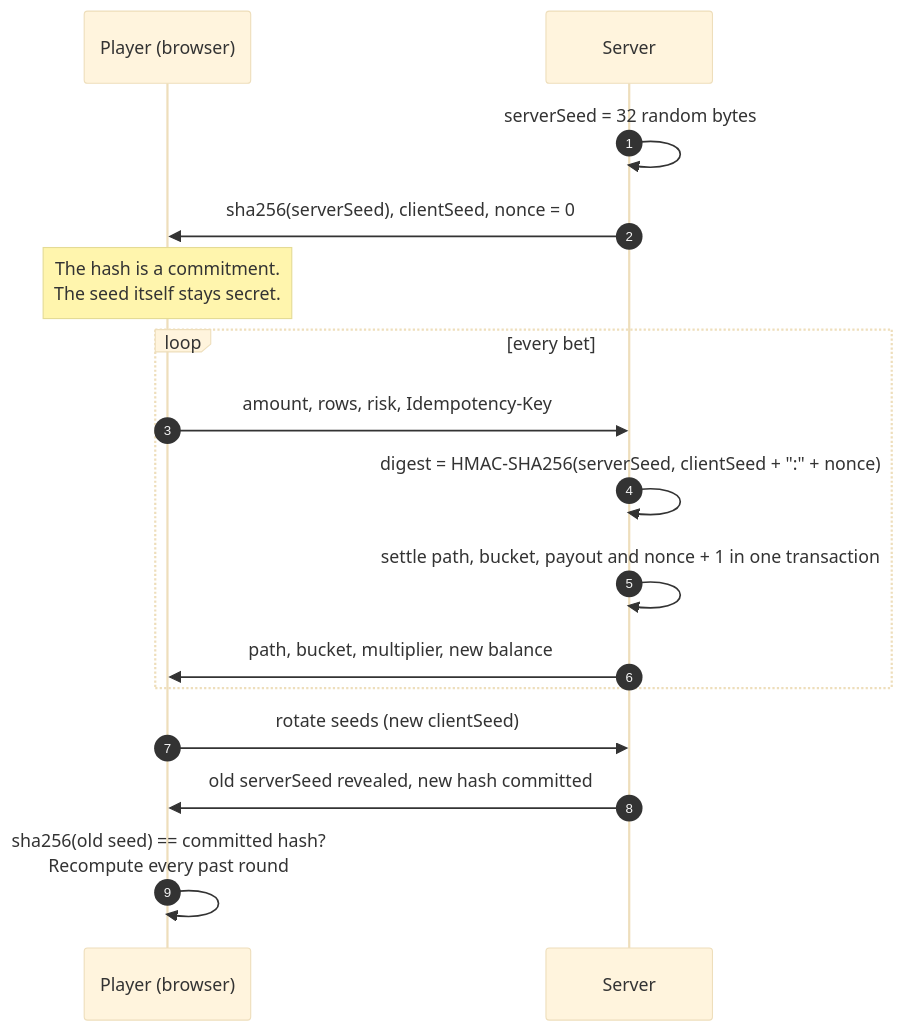
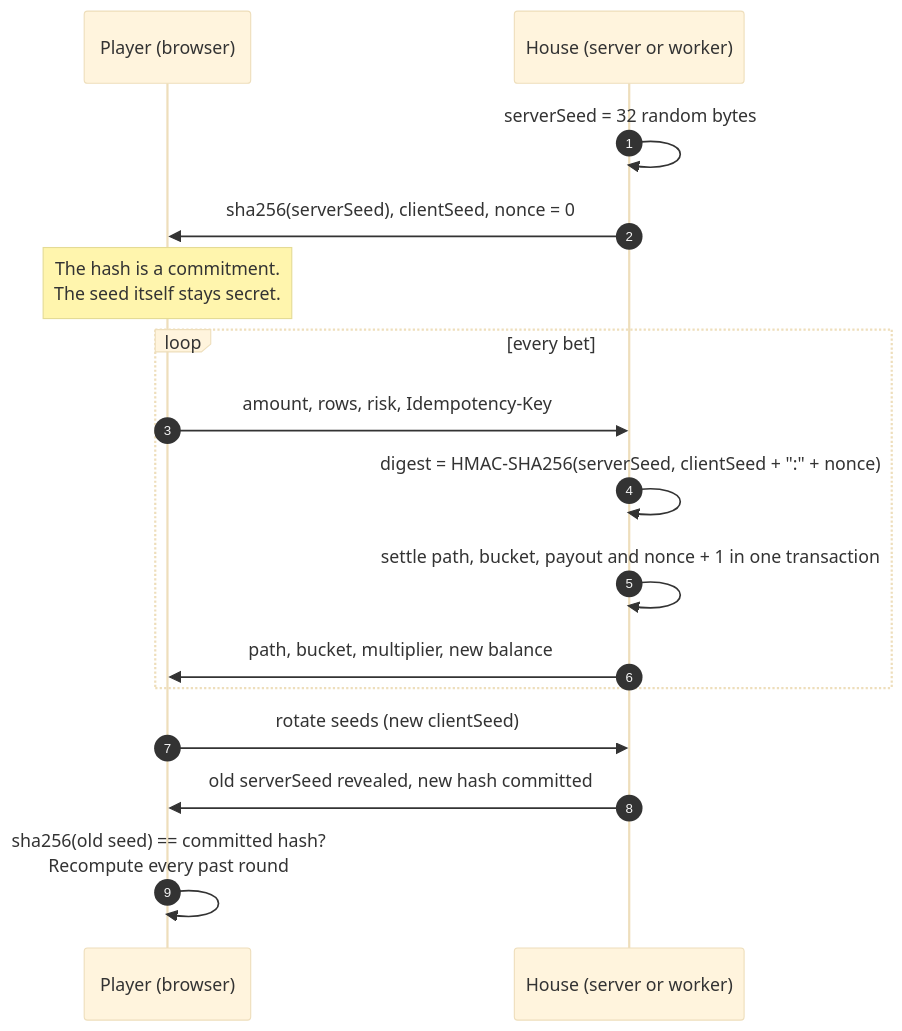
The third of 4 diagrams in README.md (shashank11yadav/Drop-Win), drawn with Mermaid (base theme) before and after one commit. The commit also changed other lines of this file, not shown here.

````diff
--- a/README.md
+++ b/README.md
@@ -58,18 +92,18 @@
 ```mermaid
 sequenceDiagram
   autonumber
   participant P as Player (browser)
-  participant S as Server
+  participant S as House (server or worker)
   S->>S: serverSeed = 32 random bytes
   S->>P: sha256(serverSeed), clientSeed, nonce = 0
   Note over P: The hash is a commitment.<br/>The seed itself stays secret.
   loop every bet
     P->>S: amount, rows, risk, Idempotency-Key
     S->>S: digest = HMAC-SHA256(serverSeed, clientSeed + ":" + nonce)
     S->>S: settle path, bucket, payout and nonce + 1 in one transaction
     S->>P: path, bucket, multiplier, new balance
   end
   P->>S: rotate seeds (new clientSeed)
   S->>P: old serverSeed revealed, new hash committed
   P->>P: sha256(old seed) == committed hash?<br/>Recompute every past round
 ```
````
